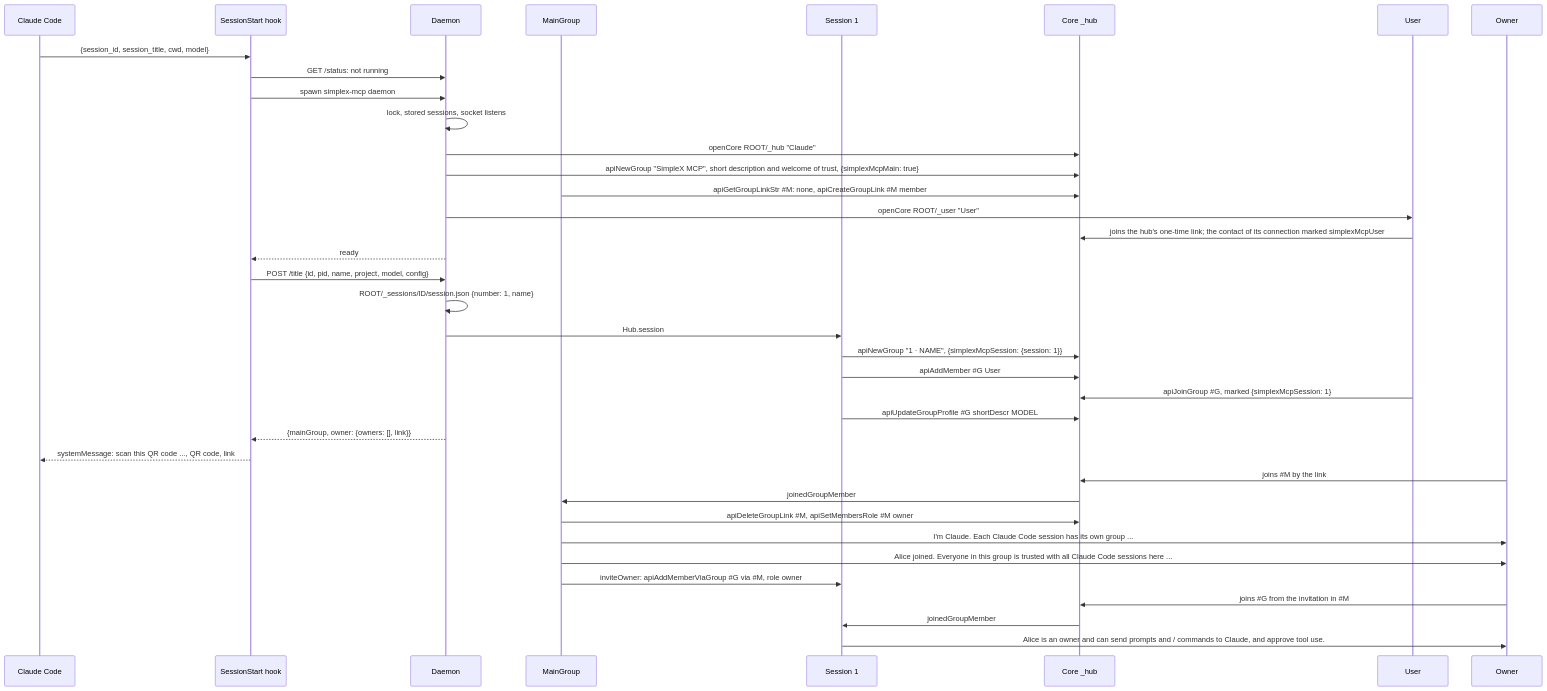
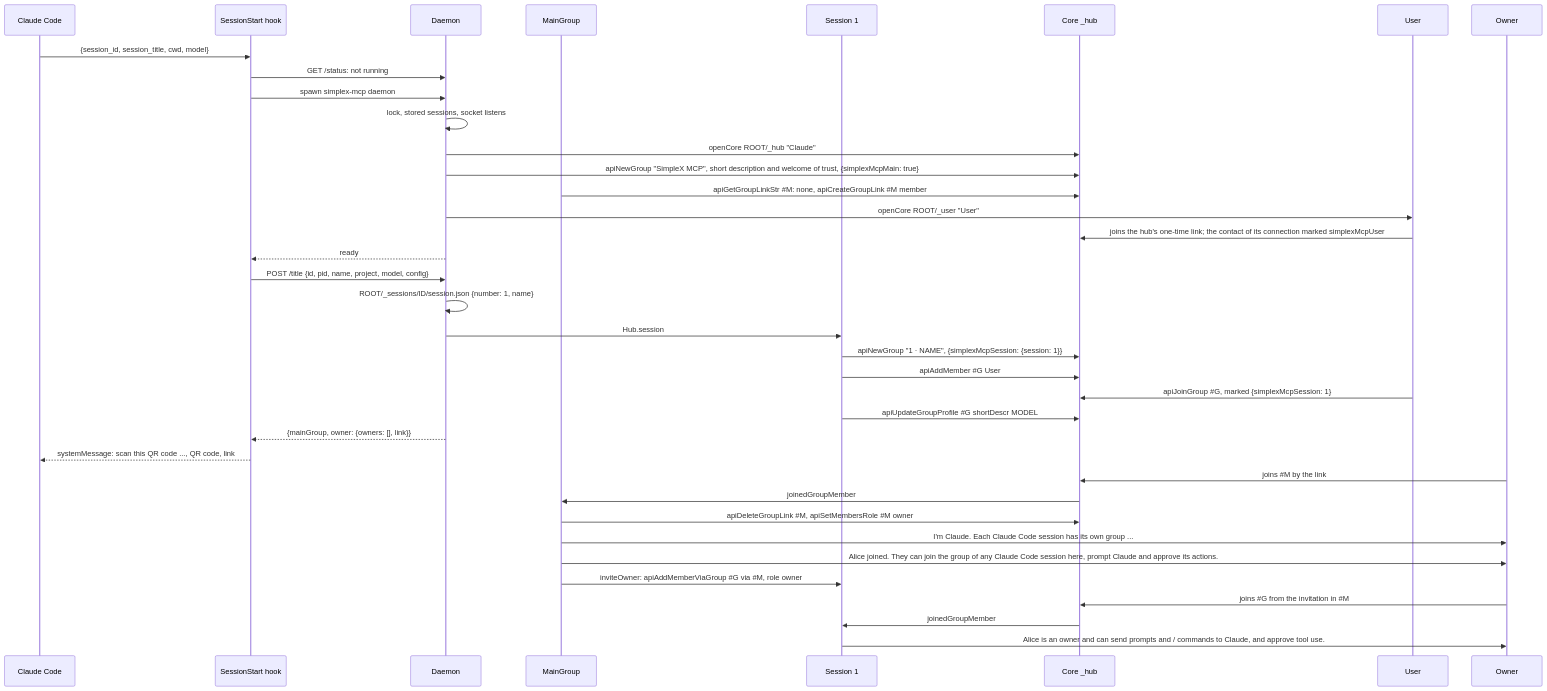
One commit to simplex-chat/simplex-chat changed diagram 17 of 30 in packages/simplex-chat-mcp/spec/flows.md. Above: the diagram before and after it, drawn with Mermaid. The commit also changed other lines of this file and 5 other files, not shown here.

Commit message:
mcp: Main group welcome and join post state what members can do

````diff
--- a/packages/simplex-chat-mcp/spec/flows.md
+++ b/packages/simplex-chat-mcp/spec/flows.md
@@ -766,39 +766,39 @@
 ```mermaid
 sequenceDiagram
   participant CC as Claude Code
   participant HK as SessionStart hook
   participant D as Daemon
   participant M as MainGroup
   participant N as Session 1
   participant C as Core _hub
   participant U as User
   participant O as Owner
   CC->>HK: {session_id, session_title, cwd, model}
   HK->>D: GET /status: not running
   HK->>D: spawn simplex-mcp daemon
   D->>D: lock, stored sessions, socket listens
   D->>C: openCore ROOT/_hub "Claude"
   D->>C: apiNewGroup "SimpleX MCP", short description and welcome of trust, {simplexMcpMain: true}
   M->>C: apiGetGroupLinkStr #35;M: none, apiCreateGroupLink #35;M member
   D->>U: openCore ROOT/_user "User"
   U->>C: joins the hub's one-time link#59; the contact of its connection marked simplexMcpUser
   D-->>HK: ready
   HK->>D: POST /title {id, pid, name, project, model, config}
   D->>D: ROOT/_sessions/ID/session.json {number: 1, name}
   D->>N: Hub.session
   N->>C: apiNewGroup "1 · NAME", {simplexMcpSession: {session: 1}}
   N->>C: apiAddMember #35;G User
   U->>C: apiJoinGroup #35;G, marked {simplexMcpSession: 1}
   N->>C: apiUpdateGroupProfile #35;G shortDescr MODEL
   D-->>HK: {mainGroup, owner: {owners: [], link}}
   HK-->>CC: systemMessage: scan this QR code ..., QR code, link
   O->>C: joins #35;M by the link
   C->>M: joinedGroupMember
   M->>C: apiDeleteGroupLink #35;M, apiSetMembersRole #35;M owner
   M->>O: I'm Claude. Each Claude Code session has its own group ...
-  M->>O: Alice joined. Everyone in this group is trusted with all Claude Code sessions here ...
+  M->>O: Alice joined. They can join the group of any Claude Code session here, prompt Claude and approve its actions.
   M->>N: inviteOwner: apiAddMemberViaGroup #35;G via #35;M, role owner
   O->>C: joins #35;G from the invitation in #35;M
   C->>N: joinedGroupMember
   N->>O: Alice is an owner and can send prompts and / commands to Claude, and approve tool use.
 ```
````
